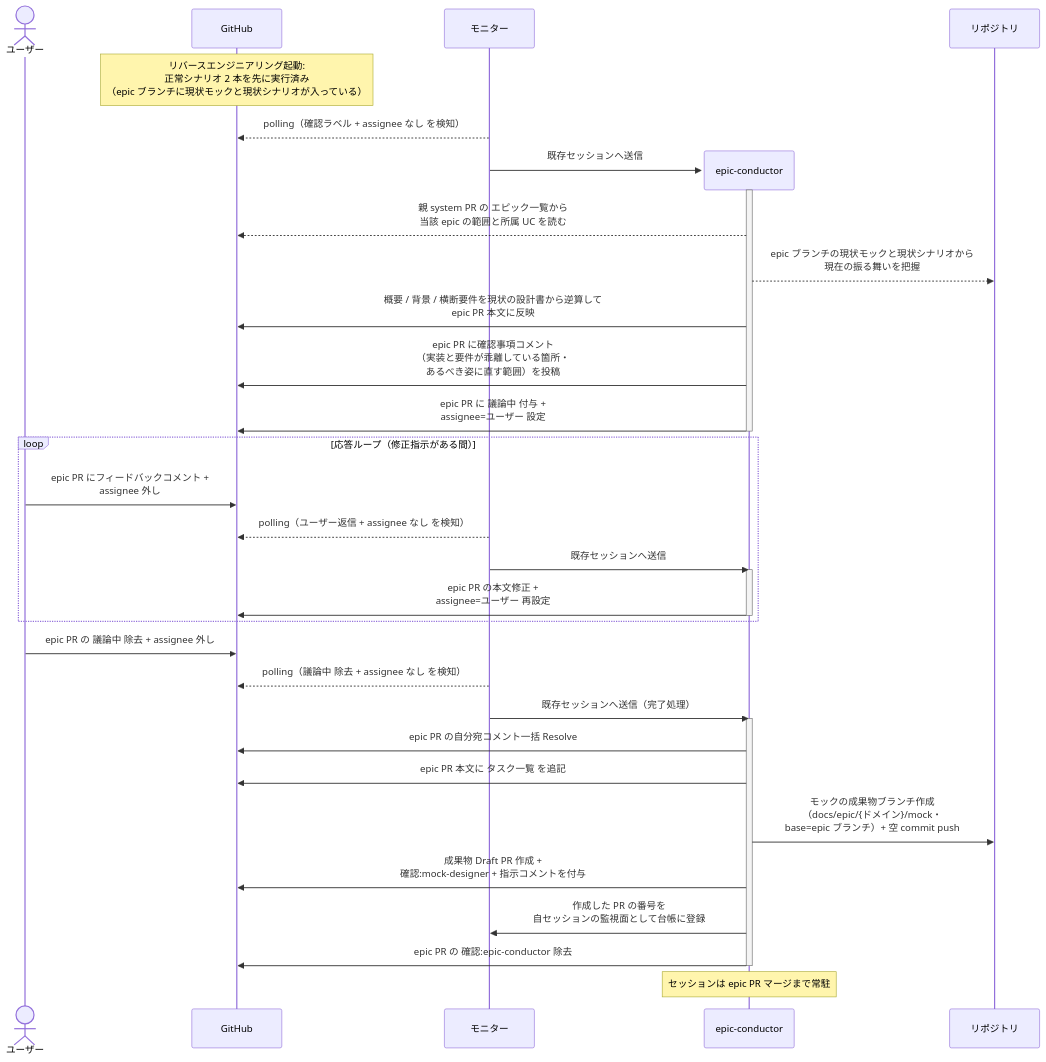
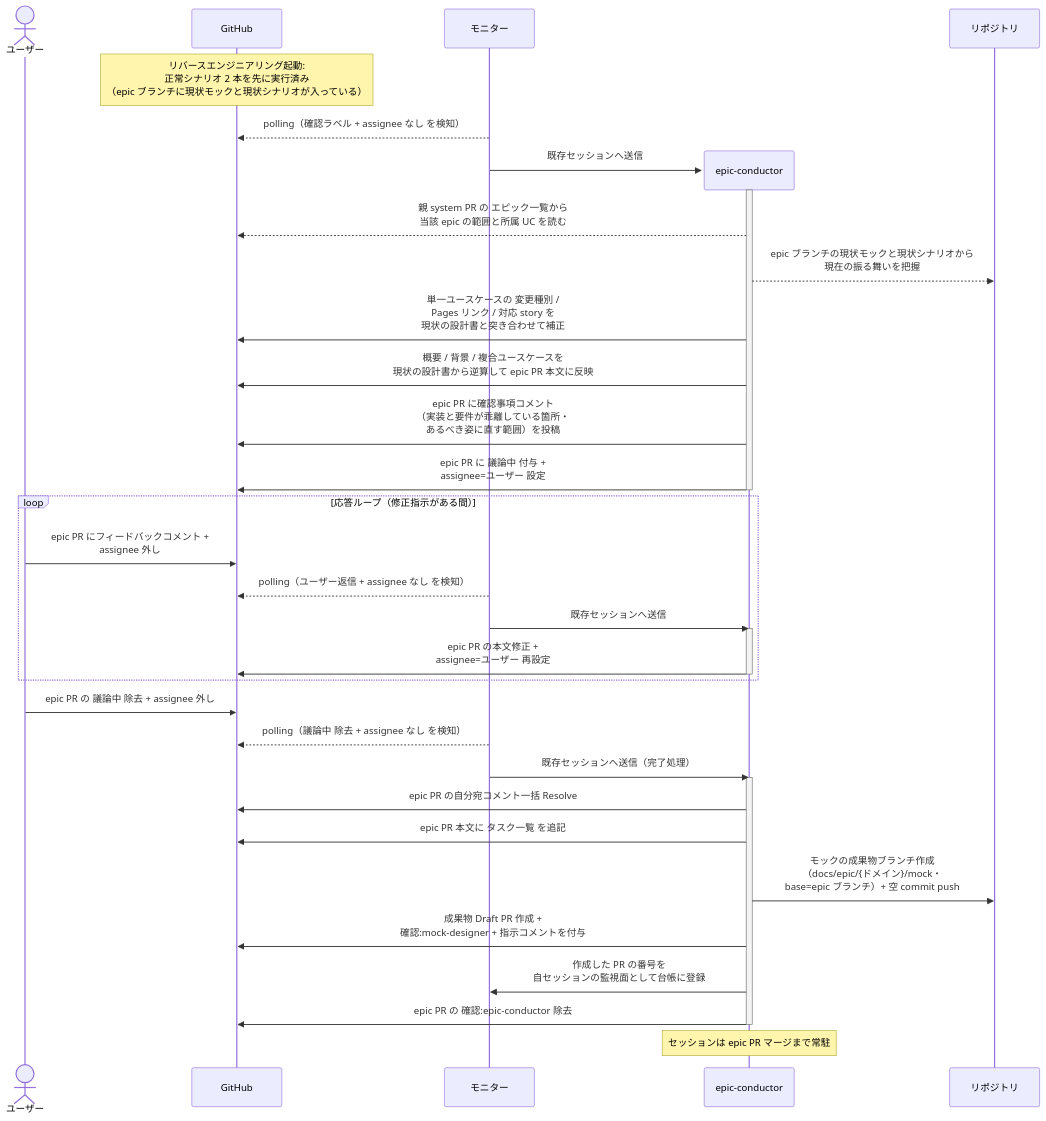
The sixth of 6 diagrams in docs/wiki/設計図/シナリオ/単一ユースケース/epic要件確定.md (shuhei1101/ai-monitor), drawn with Mermaid before and after one commit. The commit also changed other lines of this file and 1 other file, not shown here.

First line of the commit message:
epic要件確定: epic PR 本文を 単一ユースケース / 複合ユースケース の 2 セクションに改める（単一ユースケースシナリオ） (#191)

````diff
--- a/docs/wiki/設計図/シナリオ/単一ユースケース/epic要件確定.md
+++ b/docs/wiki/設計図/シナリオ/単一ユースケース/epic要件確定.md
@@ -238,41 +295,42 @@
 ```mermaid
 sequenceDiagram
   actor U as ユーザー
   participant GH as GitHub
   participant ORC as モニター
 
   Note over GH: リバースエンジニアリング起動:<br>正常シナリオ 2 本を先に実行済み<br>（epic ブランチに現状モックと現状シナリオが入っている）
   ORC-->>GH: polling（確認ラベル + assignee なし を検知）
   create participant MON as epic-conductor
   ORC->>MON: 既存セッションへ送信
   participant REPO as リポジトリ
   activate MON
   MON-->>GH: 親 system PR の エピック一覧から<br>当該 epic の範囲と所属 UC を読む
   MON-->>REPO: epic ブランチの現状モックと現状シナリオから<br>現在の振る舞いを把握
-  MON->>GH: 概要 / 背景 / 横断要件を現状の設計書から逆算して<br>epic PR 本文に反映
+  MON->>GH: 単一ユースケースの 変更種別 /<br>Pages リンク / 対応 story を<br>現状の設計書と突き合わせて補正
+  MON->>GH: 概要 / 背景 / 複合ユースケースを<br>現状の設計書から逆算して epic PR 本文に反映
   MON->>GH: epic PR に確認事項コメント<br>（実装と要件が乖離している箇所・<br>あるべき姿に直す範囲）を投稿
   MON->>GH: epic PR に 議論中 付与 +<br>assignee=ユーザー 設定
   deactivate MON
 
   loop 応答ループ（修正指示がある間）
     U->>GH: epic PR にフィードバックコメント +<br>assignee 外し
     ORC-->>GH: polling（ユーザー返信 + assignee なし を検知）
     ORC->>MON: 既存セッションへ送信
     activate MON
     MON->>GH: epic PR の本文修正 +<br>assignee=ユーザー 再設定
     deactivate MON
   end
 
   U->>GH: epic PR の 議論中 除去 + assignee 外し
   ORC-->>GH: polling（議論中 除去 + assignee なし を検知）
   ORC->>MON: 既存セッションへ送信（完了処理）
   activate MON
   MON->>GH: epic PR の自分宛コメント一括 Resolve
   MON->>GH: epic PR 本文に タスク一覧 を追記
   MON->>REPO: モックの成果物ブランチ作成<br>（docs/epic/{ドメイン}/mock・<br>base=epic ブランチ）+ 空 commit push
   MON->>GH: 成果物 Draft PR 作成 +<br>確認:mock-designer + 指示コメントを付与
   MON->>ORC: 作成した PR の番号を<br>自セッションの監視面として台帳に登録
   MON->>GH: epic PR の 確認:epic-conductor 除去
   deactivate MON
   Note over MON: セッションは epic PR マージまで常駐
 ```
````
